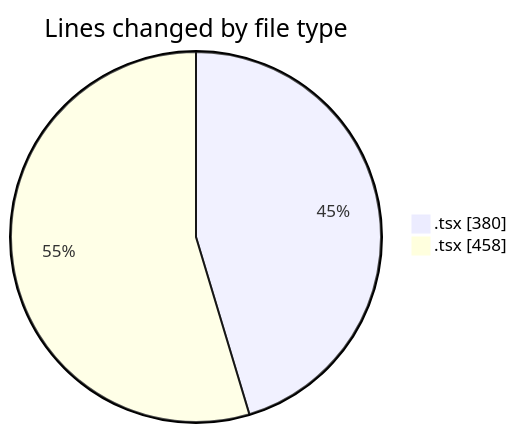
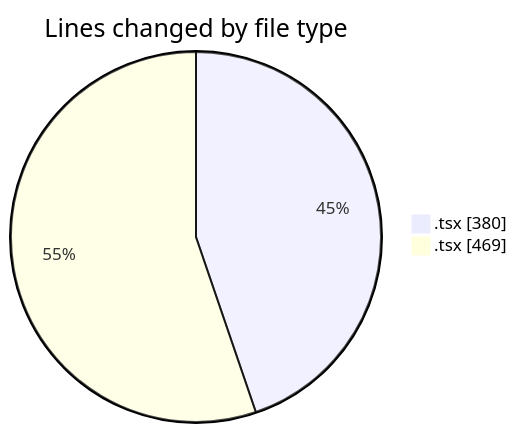
The first of 2 diagrams in 2025-02-06/mbc-web/README.md (robertbonfada/code-tracking), drawn with Mermaid before and after one commit. The commit also changed other lines of this file and 1 other file, not shown here.

````diff
--- a/2025-02-06/mbc-web/README.md
+++ b/2025-02-06/mbc-web/README.md
@@ -24,6 +24,6 @@
 ```mermaid
 pie showData
 title Lines changed by file type
 ".tsx " : 380
-".tsx" : 458
+".tsx" : 469
 ```
````
